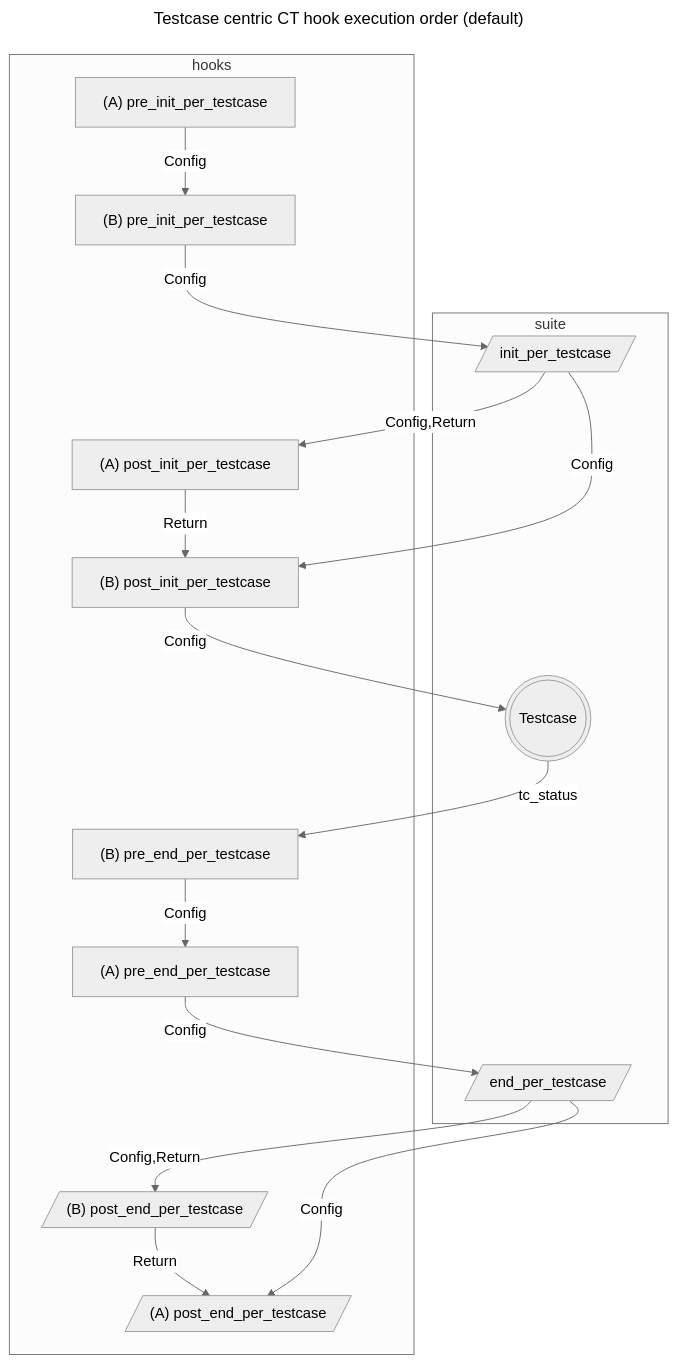
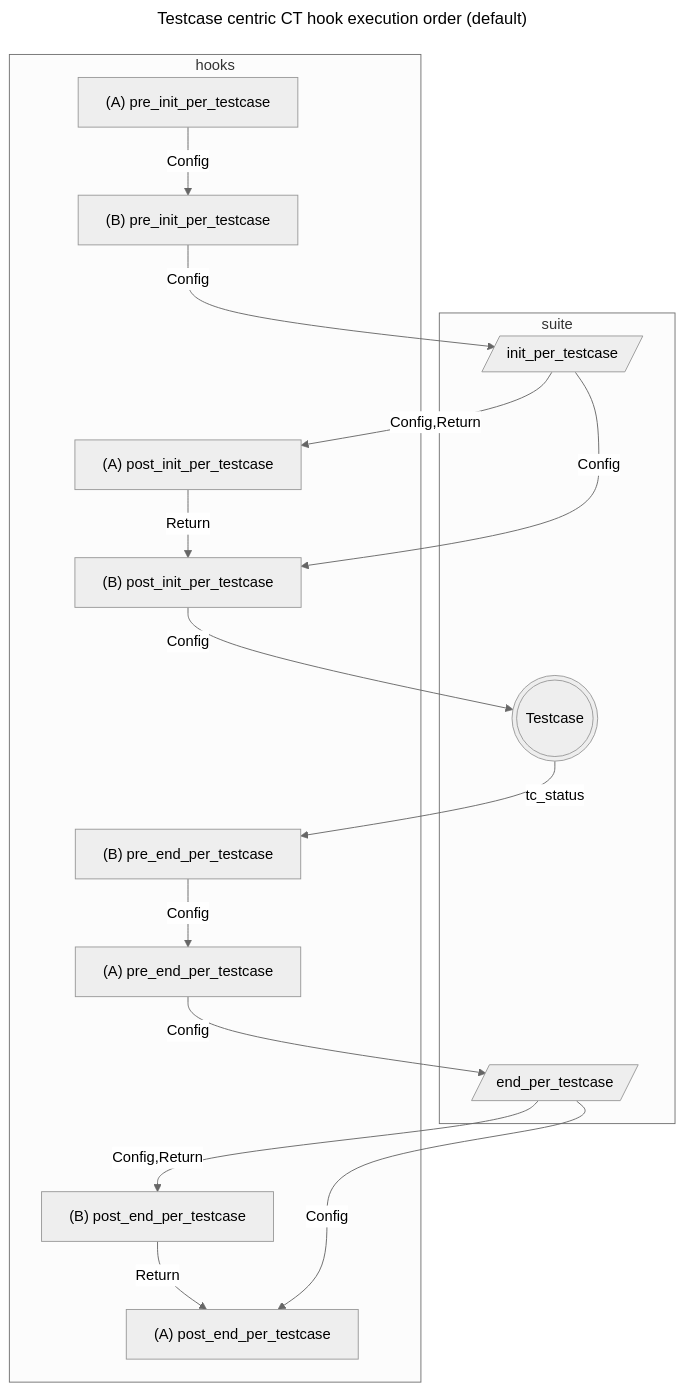
One commit to erlang/otp changed the third of 8 diagrams in lib/common_test/internal_doc/ct_notes.md. Above: the diagram before and after it, drawn with Mermaid (neutral theme). The commit also changed other lines of this file and 2 other files, not shown here.

````diff
--- a/lib/common_test/internal_doc/ct_notes.md
+++ b/lib/common_test/internal_doc/ct_notes.md
@@ -31,33 +103,33 @@
 ```mermaid
 ---
 title: Testcase centric CT hook execution order (default)
 ---
 flowchart TD
     subgraph hooks
     pre_ipt_A["(A) pre_init_per_testcase"] --Config--> pre_ipt_B
     end
     subgraph suite
     pre_ipt_B["(B) pre_init_per_testcase"] --Config--> ipt[/"init_per_testcase"/]
     end
     ipt --Config,Return--> post_ipt_A
     ipt --Config--> post_ipt_B
     subgraph hooks
     post_ipt_A["(A) post_init_per_testcase"] --Return--> post_ipt_B
     end
     subgraph suite
     post_ipt_B["(B) post_init_per_testcase"] --Config--> testcase
     testcase((("Testcase")))
     end
     subgraph hooks
     testcase --tc_status--> pre_ept_B
     pre_ept_B["(B) pre_end_per_testcase"] --Config--> pre_ept_A
     end
     subgraph suite
     pre_ept_A["(A) pre_end_per_testcase"] --Config--> end_per_test_case
     end
     subgraph hooks
     end_per_test_case[/"end_per_testcase"/] --Config,Return--> post_ept_B
-    post_ept_B[/"(B) post_end_per_testcase"/] --Return--> post_ept_A[/"(A) post_end_per_testcase"/]
+    post_ept_B["(B) post_end_per_testcase"] --Return--> post_ept_A["(A) post_end_per_testcase"]
     end_per_test_case --Config--> post_ept_A
     end
 ```
````
